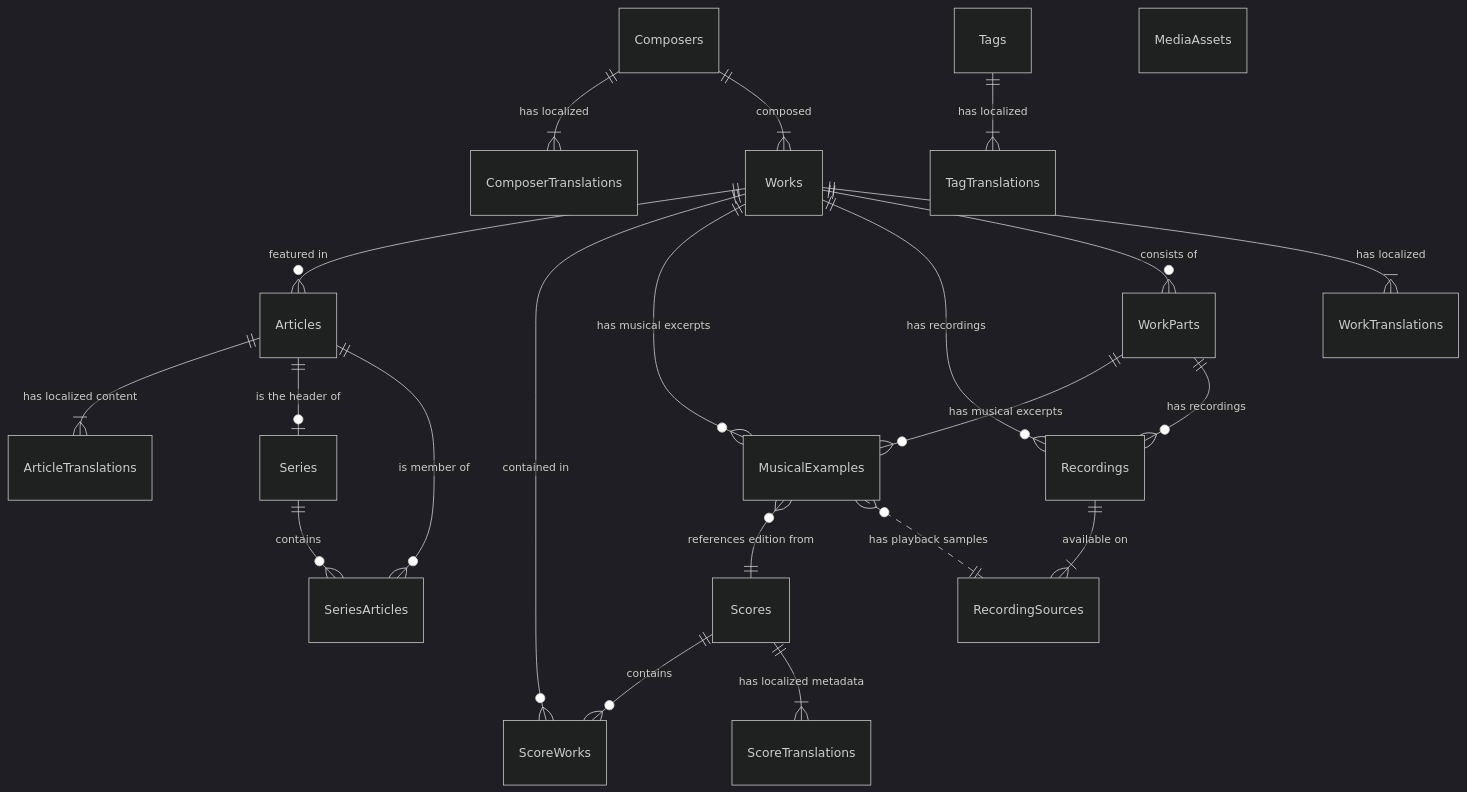
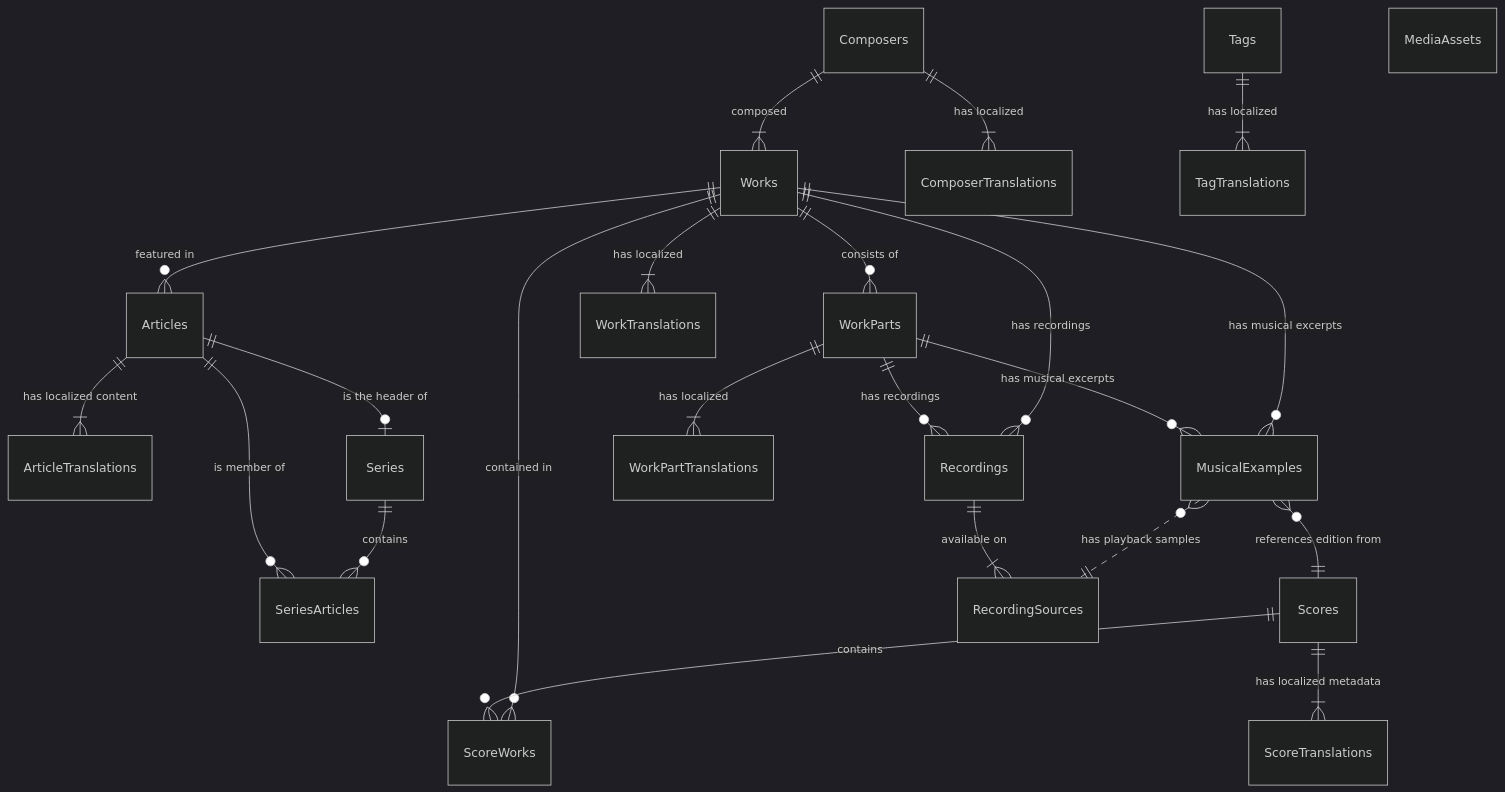
Before and after one commit to preludio-lab/preludio-lab: the first of 3 diagrams in docs/05_design/database-schema.md, drawn with Mermaid (dark theme). The commit also changed other lines of this file and 8 other files, not shown here.

````diff
--- a/docs/05_design/database-schema.md
+++ b/docs/05_design/database-schema.md
@@ -54,29 +54,30 @@
 ```mermaid
 erDiagram
     %% Core Tables: Articles & Series
     Works ||--o{ Articles : "featured in"
     Articles ||--|{ ArticleTranslations : "has localized content"
     Articles ||--o| Series : "is the header of"
     Series ||--o{ SeriesArticles : "contains"
     Articles ||--o{ SeriesArticles : "is member of"
 
     %% Asset Tables: Scores & Recordings
     Works ||--o{ ScoreWorks : "contained in"
     Scores ||--o{ ScoreWorks : "contains"
     Scores ||--|{ ScoreTranslations : "has localized metadata"
     Works ||--o{ MusicalExamples : "has musical excerpts"
     MusicalExamples }o--|| Scores : "references edition from"
     MusicalExamples }o..|| RecordingSources : "has playback samples"
     Works ||--o{ Recordings : "has recordings"
     Recordings ||--|{ RecordingSources : "available on"
 
     %% Master Tables: Composers & Works
     Composers ||--|{ ComposerTranslations : "has localized"
     Composers ||--|{ Works : "composed"
     Works ||--o{ WorkParts : "consists of"
     Works ||--|{ WorkTranslations : "has localized"
+    WorkParts ||--|{ WorkPartTranslations : "has localized"
     WorkParts ||--o{ MusicalExamples : "has musical excerpts"
     WorkParts ||--o{ Recordings : "has recordings"
     Tags ||--|{ TagTranslations : "has localized"
     MediaAssets
 ```
````
